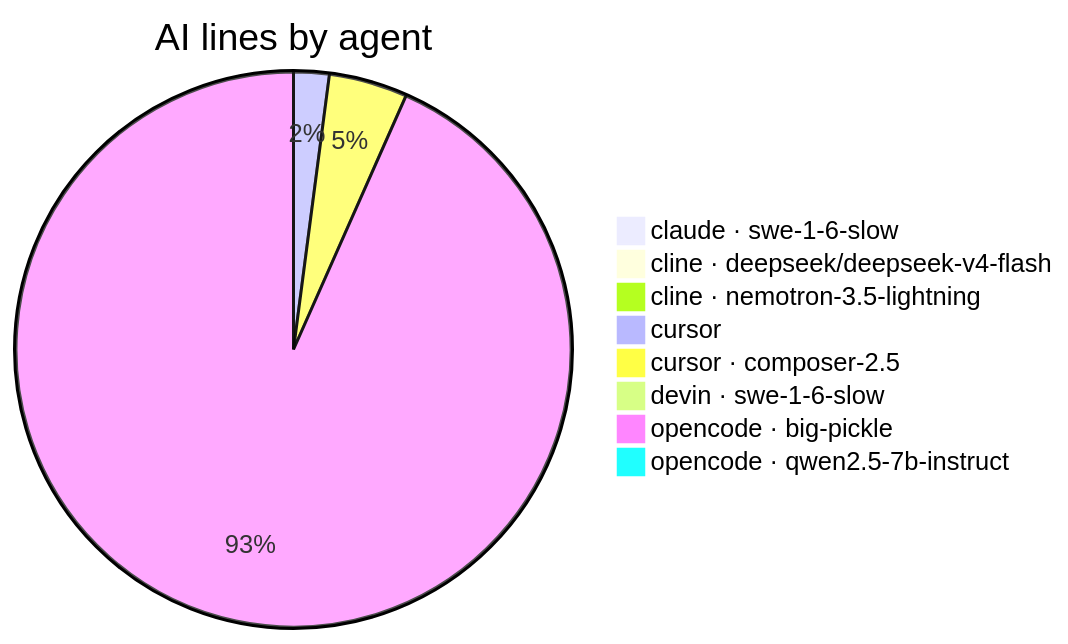
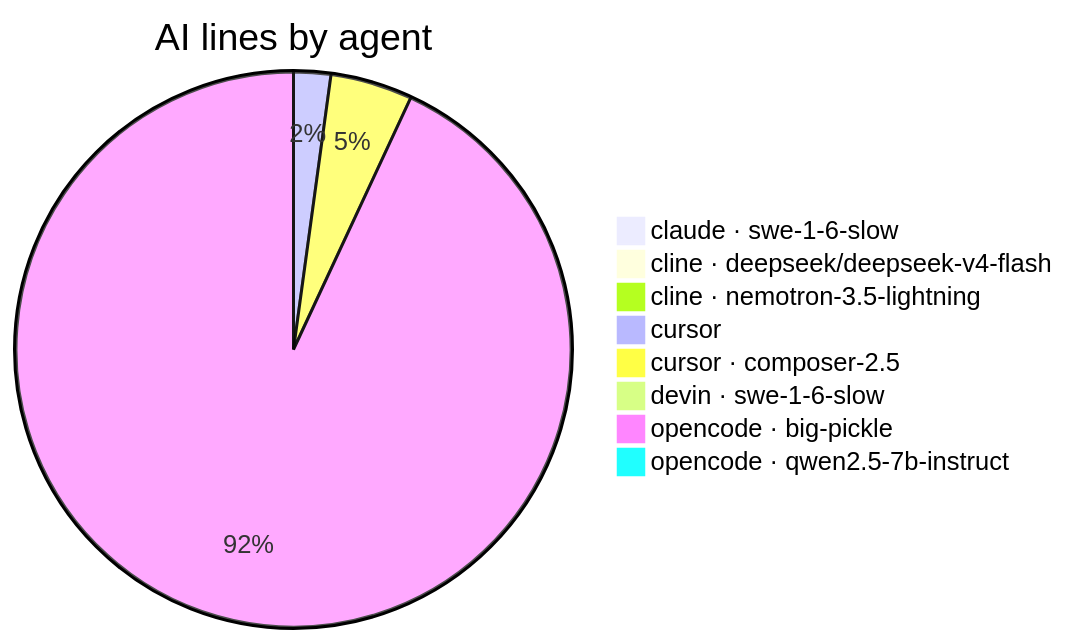
The second of 5 diagrams in AI-AUTHORSHIP.md (CaliMark/game-of-life), drawn with Mermaid before and after one commit. The commit also changed other lines of this file and 1 other file, not shown here.

````diff
--- a/AI-AUTHORSHIP.md
+++ b/AI-AUTHORSHIP.md
@@ -37,11 +37,11 @@
 ```mermaid
 pie title AI lines by agent
     "claude · swe-1-6-slow" : 1
     "cline · deepseek/deepseek-v4-flash" : 1
     "cline · nemotron-3.5-lightning" : 1
     "cursor" : 19
     "cursor · composer-2.5" : 42
     "devin · swe-1-6-slow" : 1
-    "opencode · big-pickle" : 857
+    "opencode · big-pickle" : 818
     "opencode · qwen2.5-7b-instruct" : 3
 ```
````
